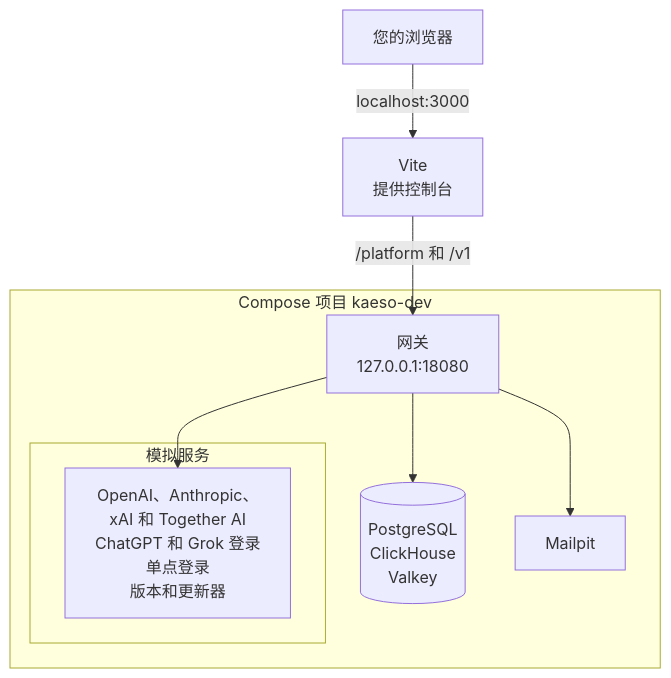
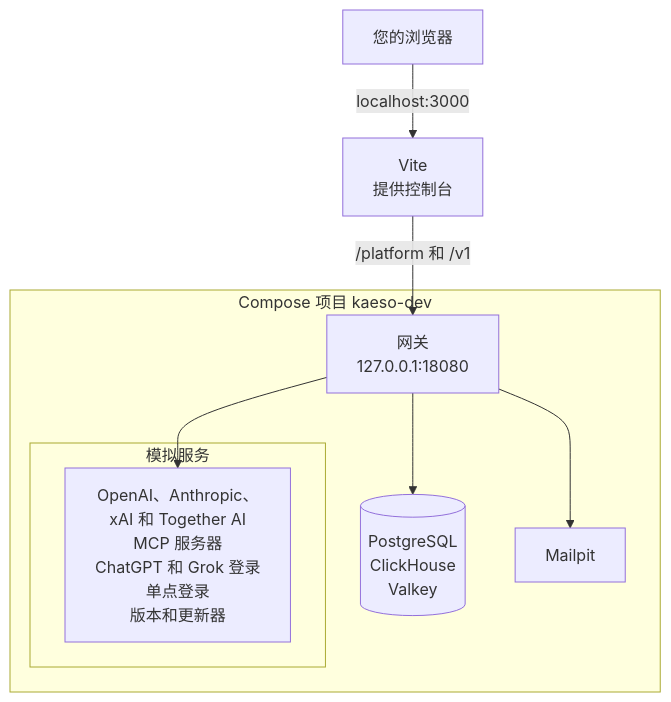
The diagram in apps/docs/content/zh-CN/development/stack.md (logicplanes/kaeso), drawn with Mermaid before and after one commit. The commit also changed other lines of this file and 33 other files, not shown here.

First line of the commit message:
Kaeso reaches remote MCP servers over Streamable HTTP, only on networks you allow

````diff
--- a/apps/docs/content/zh-CN/development/stack.md
+++ b/apps/docs/content/zh-CN/development/stack.md
@@ -9,18 +9,18 @@
 ```mermaid
 flowchart TD
   accTitle: 开发栈
-  accDescr: 浏览器打开 localhost:3000 上的 Vite。Vite 提供控制台，并把 /platform 和 /v1 转发给 127.0.0.1:18080 上的网关。网关与 PostgreSQL、ClickHouse 和 Valkey 一起运行在 Compose 项目 kaeso-dev 中，并调用模拟服务商、模拟 ChatGPT 和 Grok 登录、模拟单点登录、模拟版本和更新器以及 Mailpit。
+  accDescr: 浏览器打开 localhost:3000 上的 Vite。Vite 提供控制台，并把 /platform 和 /v1 转发给 127.0.0.1:18080 上的网关。网关与 PostgreSQL、ClickHouse 和 Valkey 一起运行在 Compose 项目 kaeso-dev 中，并调用模拟服务商、模拟 MCP 服务器、模拟 ChatGPT 和 Grok 登录、模拟单点登录、模拟版本和更新器以及 Mailpit。
   browser[您的浏览器]:::outside -- localhost:3000 --> vite[Vite<br>提供控制台]
   vite -- /platform 和 /v1 --> gateway
   subgraph stack [Compose 项目 kaeso-dev]
     gateway[网关<br>127.0.0.1:18080]:::accent
     data[(PostgreSQL<br>ClickHouse<br>Valkey)]
     subgraph mock [模拟服务]
-      mocks[OpenAI、Anthropic、<br>xAI 和 Together AI<br>ChatGPT 和 Grok 登录<br>单点登录<br>版本和更新器]
+      mocks[OpenAI、Anthropic、<br>xAI 和 Together AI<br>MCP 服务器<br>ChatGPT 和 Grok 登录<br>单点登录<br>版本和更新器]
     end
     mail[Mailpit]
   end
   gateway --> data
   gateway --> mocks
   gateway --> mail
 ```
````
